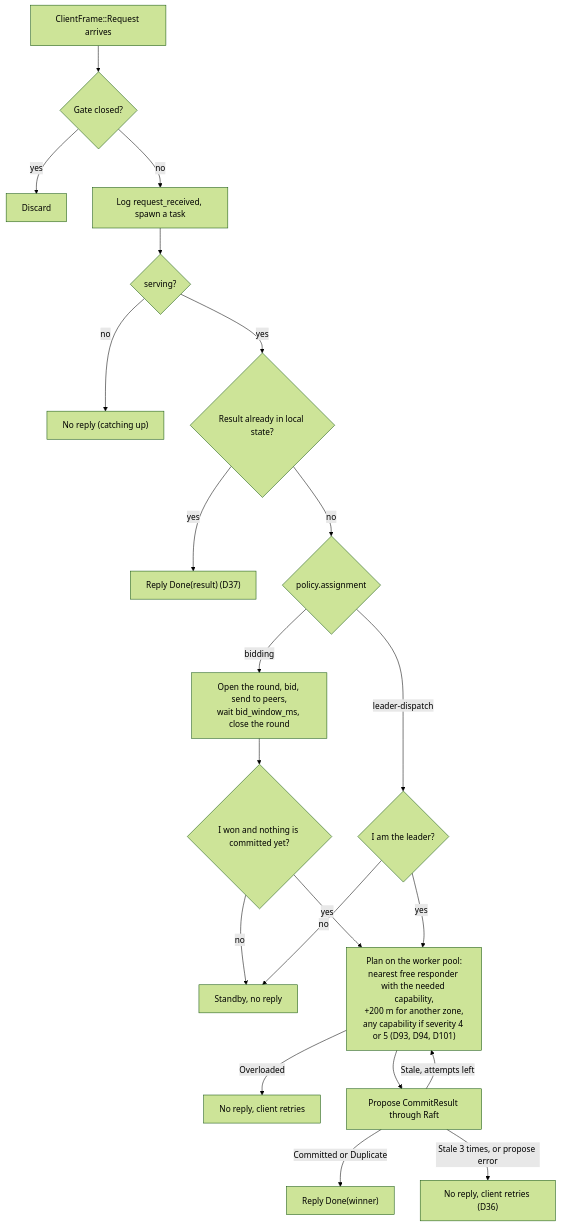
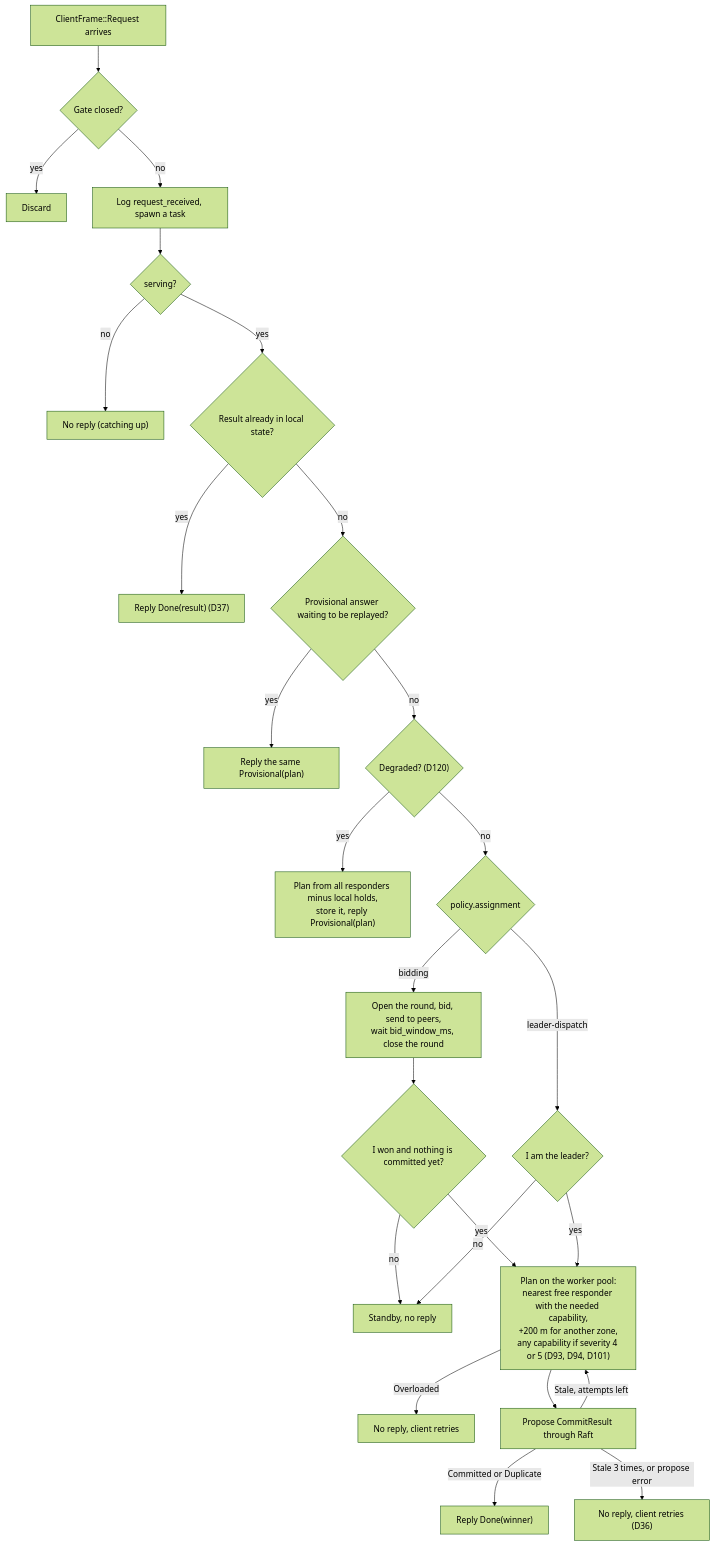
Diagram 19 of 29 in docs/architecture.md (noortaytoy1/DistributedSystems), drawn with Mermaid (forest theme) before and after one commit. The commit also changed other lines of this file and 18 other files, not shown here.

````diff
--- a/docs/architecture.md
+++ b/docs/architecture.md
@@ -686,23 +686,27 @@
 ```mermaid
 flowchart TD
     REQ["ClientFrame::Request arrives"] --> GATE{"Gate closed?"}
     GATE -->|yes| DROP["Discard"]
     GATE -->|no| LOG["Log request_received, spawn a task"]
     LOG --> SERV{"serving?"}
     SERV -->|no| QUIET1["No reply (catching up)"]
     SERV -->|yes| DONE{"Result already in local state?"}
     DONE -->|yes| REPLY1["Reply Done(result) (D37)"]
-    DONE -->|no| POL{"policy.assignment"}
+    DONE -->|no| STORED{"Provisional answer waiting to be replayed?"}
+    STORED -->|yes| REPLY3["Reply the same Provisional(plan)"]
+    STORED -->|no| DEG{"Degraded? (D120)"}
+    DEG -->|yes| LONE["Plan from all responders minus local holds,<br/>store it, reply Provisional(plan)"]
+    DEG -->|no| POL{"policy.assignment"}
     POL -->|leader-dispatch| LEAD{"I am the leader?"}
     POL -->|bidding| BID["Open the round, bid, send to peers,<br/>wait bid_window_ms, close the round"]
     BID --> WON{"I won and nothing is committed yet?"}
     WON -->|no| QUIET2["Standby, no reply"]
     WON -->|yes| PLAN["Plan on the worker pool:<br/>nearest free responder with the needed capability,<br/>+200 m for another zone,<br/>any capability if severity 4 or 5 (D93, D94, D101)"]
     LEAD -->|no| QUIET2
     LEAD -->|yes| PLAN
     PLAN -->|Overloaded| QUIET3["No reply, client retries"]
     PLAN --> PROP["Propose CommitResult through Raft"]
     PROP -->|Committed or Duplicate| REPLY2["Reply Done(winner)"]
     PROP -->|Stale, attempts left| PLAN
     PROP -->|Stale 3 times, or propose error| QUIET4["No reply, client retries (D36)"]
 ```
````
